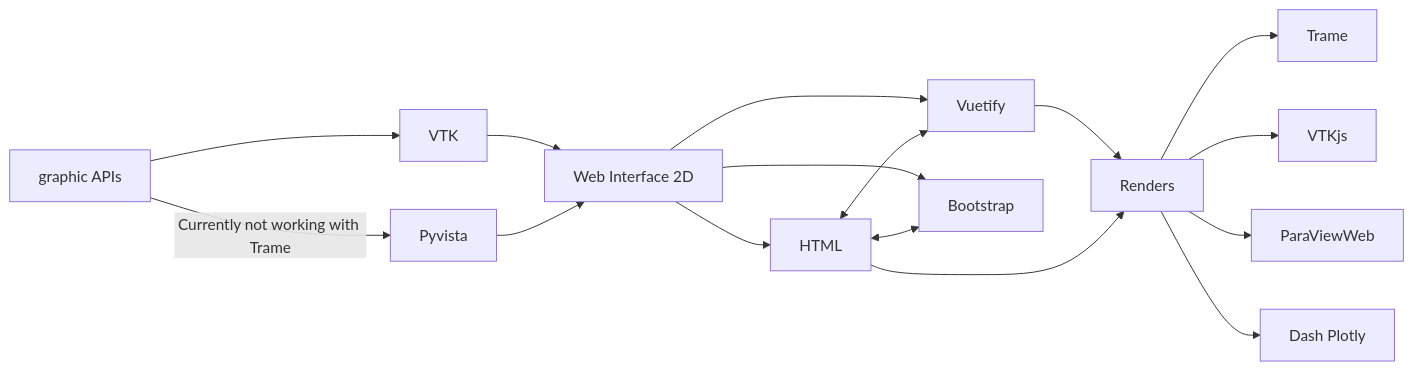
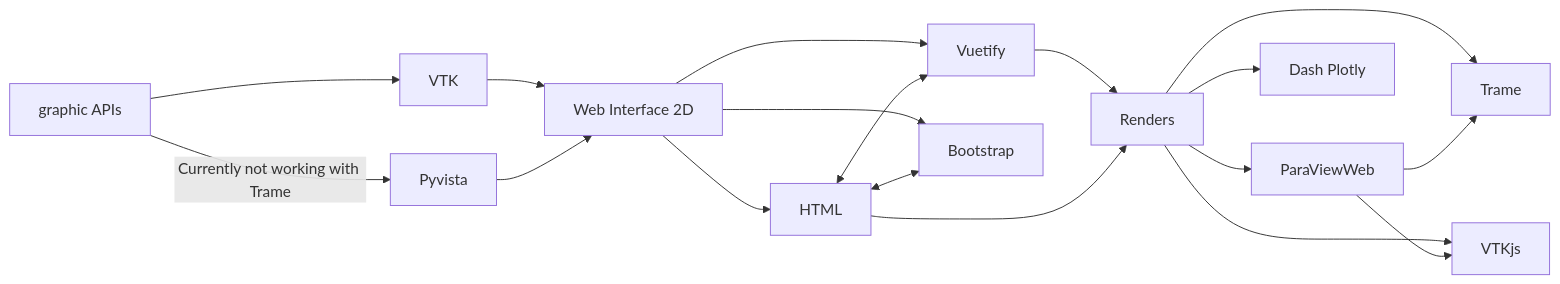
The diagram in stateOftheArt/Readme.md (oscarBarEs/myTFG), drawn with Mermaid before and after one commit. The commit also changed other lines of this file, not shown here.

Commit message:
updated table and chart

````diff
--- a/stateOftheArt/Readme.md
+++ b/stateOftheArt/Readme.md
@@ -9,18 +9,21 @@
 ```mermaid
 graph LR
 A[graphic APIs] --> B[VTK]
 A -- Currently not working with Trame --> C[Pyvista]
 B --> D[Web Interface 2D]
 C --> D
 D --> E[Vuetify]
 D --> F[HTML]
 D --> L[Bootstrap]
 F <--> E
 F <--> L
 E --> G[Renders]
 F --> G
 G --> H[Trame]
 G --> I[VTKjs]
 G --> J[ParaViewWeb]
 G --> K[Dash Plotly]
+J --> H
+J --> I
+
 ```
````
